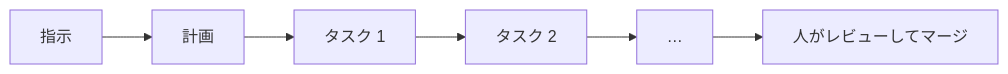
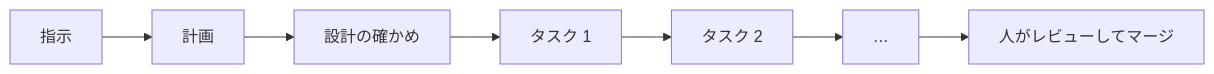
Before and after one commit to Luna-rab/dotfiles: the first of 3 diagrams in dist/dot-claude/skills/autodev/README.md, drawn with Mermaid. The commit also changed other lines of this file and 57 other files, not shown here.

````diff
--- a/dist/dot-claude/skills/autodev/README.md
+++ b/dist/dot-claude/skills/autodev/README.md
@@ -15,4 +17,4 @@
 ```mermaid
 flowchart LR
-    指示 --> 計画 --> T1["タスク 1"] --> T2["タスク 2"] --> T3["…"] --> 人["人がレビューしてマージ"]
+    指示 --> 計画 --> 設計["設計の確かめ"] --> T1["タスク 1"] --> T2["タスク 2"] --> T3["…"] --> 人["人がレビューしてマージ"]
 ```
````
